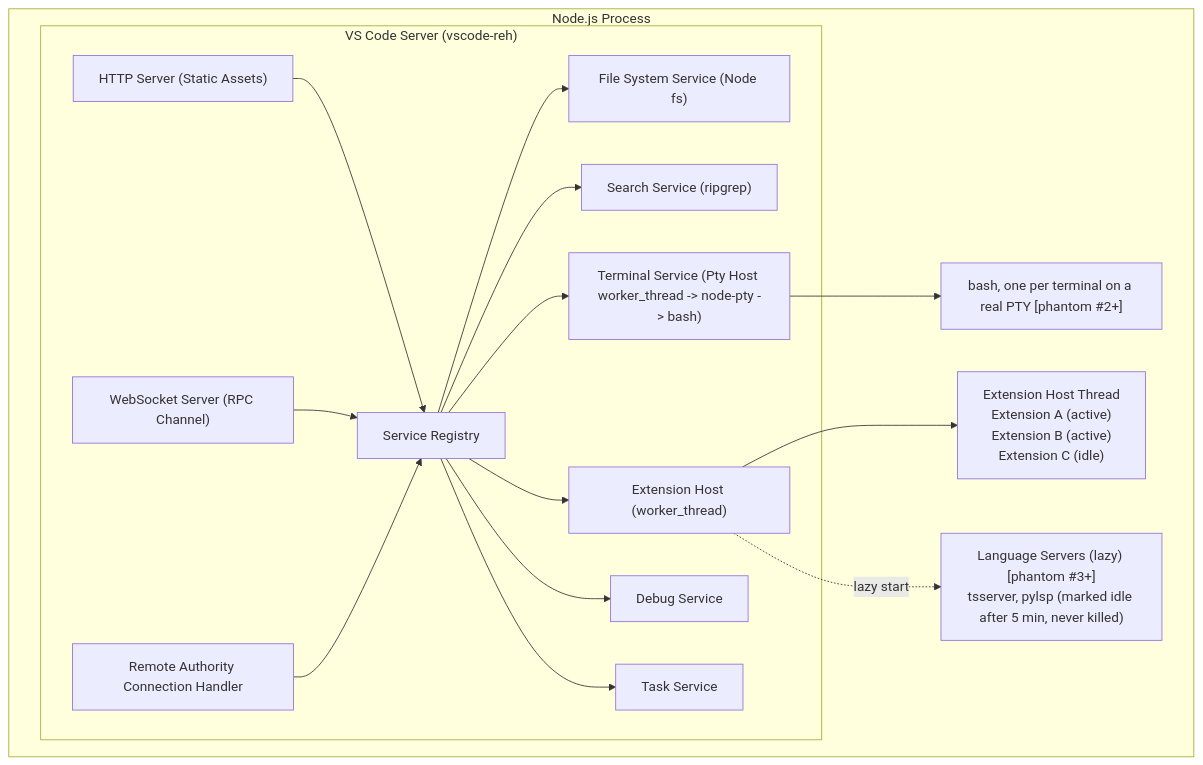
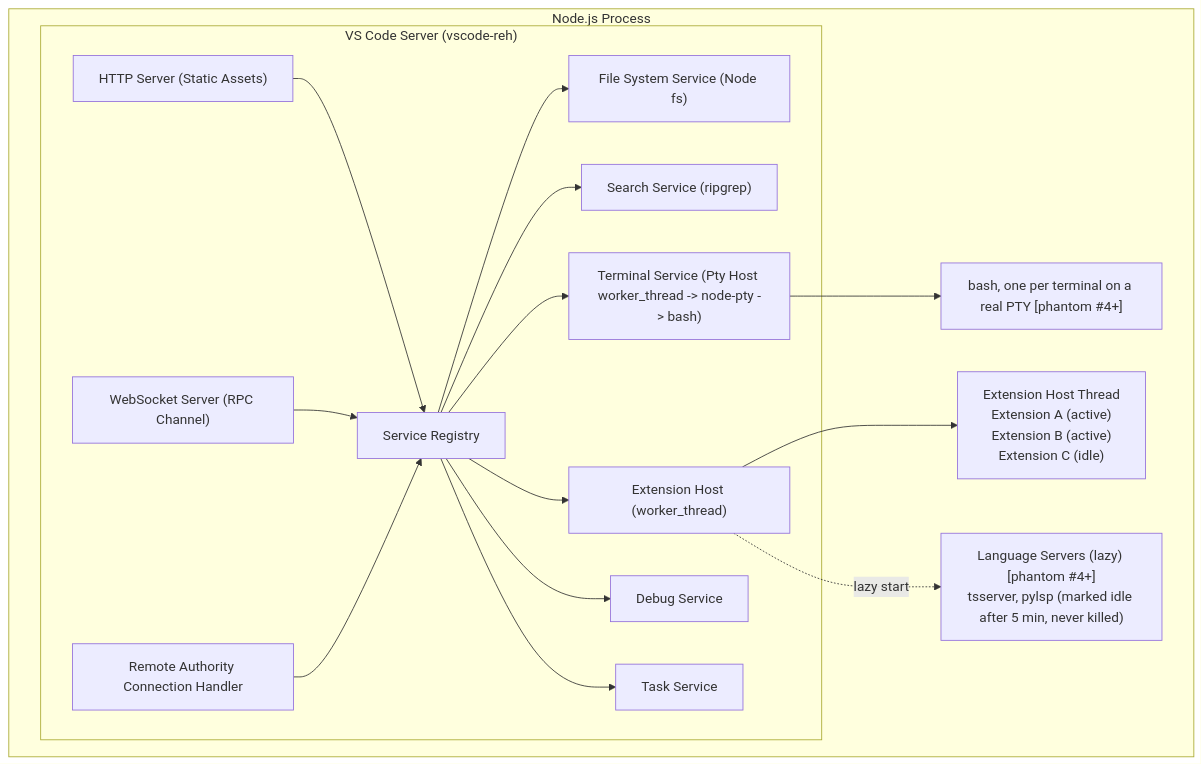
The fourth of 12 diagrams in docs/03-ARCHITECTURE.md (rmyndharis/VSCodroid), drawn with Mermaid before and after one commit. The commit also changed 70 other files, not shown here.

````diff
--- a/docs/03-ARCHITECTURE.md
+++ b/docs/03-ARCHITECTURE.md
@@ -123,30 +123,30 @@
 ```mermaid
 flowchart TD
   subgraph NODEPROC["Node.js Process"]
     subgraph VSS["VS Code Server (vscode-reh)"]
       HTTP["HTTP Server (Static Assets)"]
       WS["WebSocket Server (RPC Channel)"]
       RA["Remote Authority Connection Handler"]
       REG["Service Registry"]
       FS["File System Service (Node fs)"]
       SEARCH["Search Service (ripgrep)"]
       TERM["Terminal Service (Pty Host worker_thread -> node-pty -> bash)"]
       EXTHOST["Extension Host (worker_thread)"]
       DEBUG["Debug Service"]
       TASK["Task Service"]
       HTTP --> REG
       WS --> REG
       RA --> REG
       REG --> FS
       REG --> SEARCH
       REG --> TERM
       REG --> EXTHOST
       REG --> DEBUG
       REG --> TASK
     end
 
     EXTHOST --> THREAD["Extension Host Thread<br/>Extension A (active)<br/>Extension B (active)<br/>Extension C (idle)"]
-    TERM --> BASH["bash, one per terminal on a real PTY [phantom #2+]"]
-    EXTHOST -. lazy start .-> LS["Language Servers (lazy) [phantom #3+]<br/>tsserver, pylsp (marked idle after 5 min, never killed)"]
+    TERM --> BASH["bash, one per terminal on a real PTY [phantom #4+]"]
+    EXTHOST -. lazy start .-> LS["Language Servers (lazy) [phantom #4+]<br/>tsserver, pylsp (marked idle after 5 min, never killed)"]
   end
 ```
````
